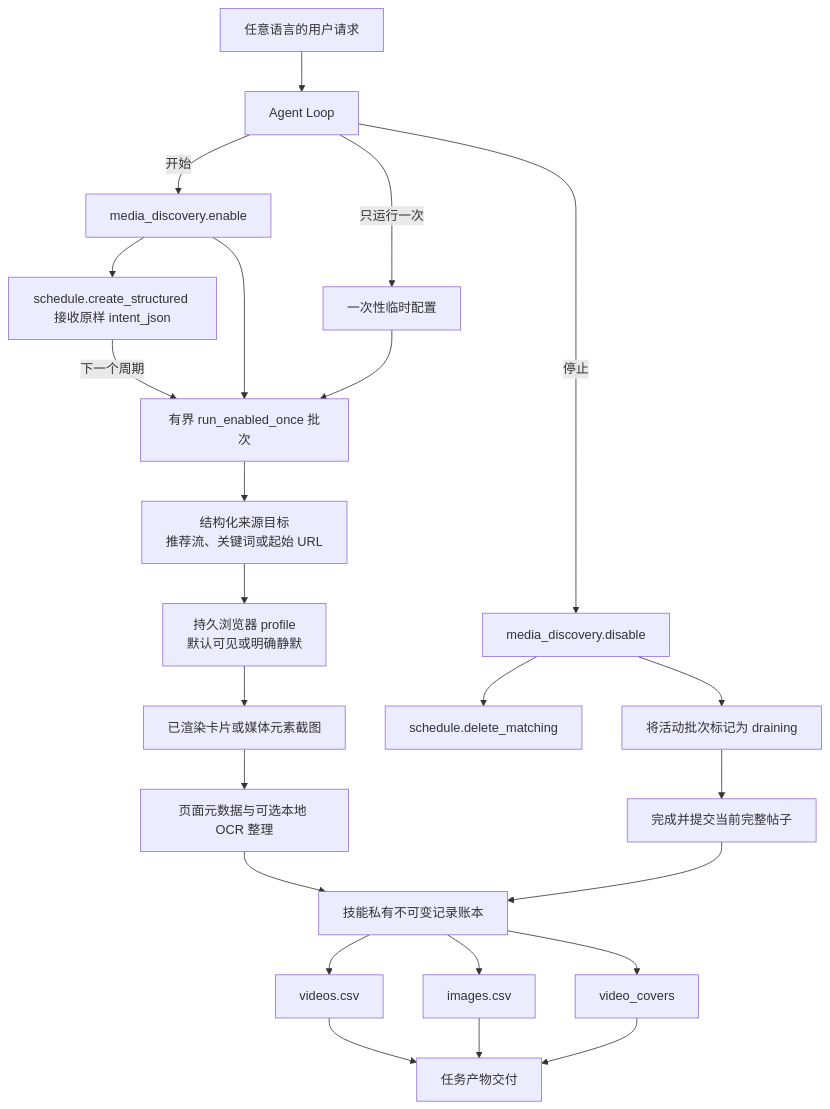
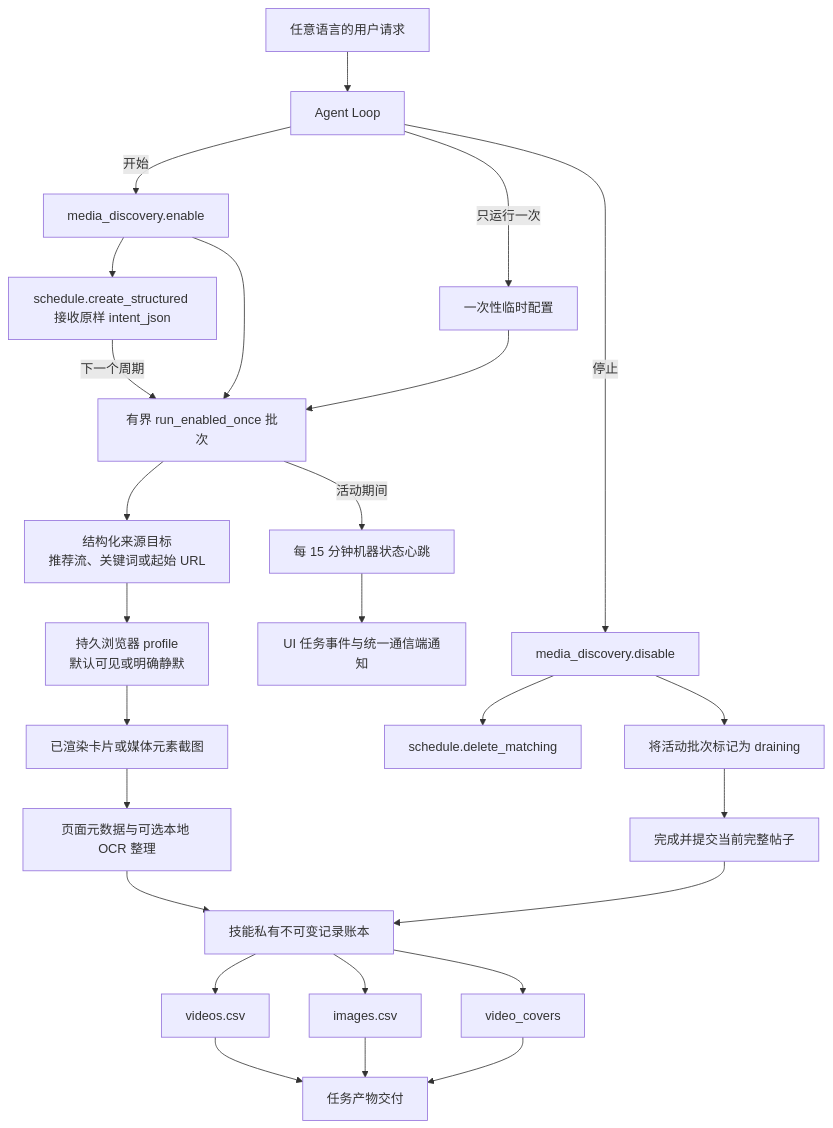
Before and after one commit to MatrixCoreX/RustClaw: the diagram in docs/architecture/12-media-discovery.zh-CN.md, drawn with Mermaid. The commit also changed other lines of this file and 31 other files, not shown here.

````diff
--- a/docs/architecture/12-media-discovery.zh-CN.md
+++ b/docs/architecture/12-media-discovery.zh-CN.md
@@ -40,36 +40,39 @@
 ```mermaid
 flowchart TD
     U[任意语言的用户请求]
     A[Agent Loop]
     E[media_discovery.enable]
     X[media_discovery.disable]
     S[schedule.create_structured 接收原样 intent_json]
     Q[schedule.delete_matching]
     R[有界 run_enabled_once 批次]
     W[一次性临时配置]
     T[结构化来源目标<br/>推荐流、关键词或起始 URL]
     G[将活动批次标记为 draining]
     P[完成并提交当前完整帖子]
     B[持久浏览器 profile<br/>默认可见或明确静默]
     C[已渲染卡片或媒体元素截图]
     O[页面元数据与可选本地 OCR 整理]
     L[技能私有不可变记录账本]
     V[videos.csv]
     I[images.csv]
     F[video_covers]
     D[任务产物交付]
+    H[每 15 分钟机器状态心跳]
+    N[UI 任务事件与统一通信端通知]
 
     U --> A
     A -->|开始| E
     E --> S
     E --> R
     A -->|只运行一次| W --> R
     S -->|下一个周期| R
     R --> T --> B --> C --> O --> L
+    R -->|活动期间| H --> N
     A -->|停止| X
     X --> Q
     X --> G --> P --> L
     L --> V --> D
     L --> I --> D
     L --> F --> D
 ```
````
